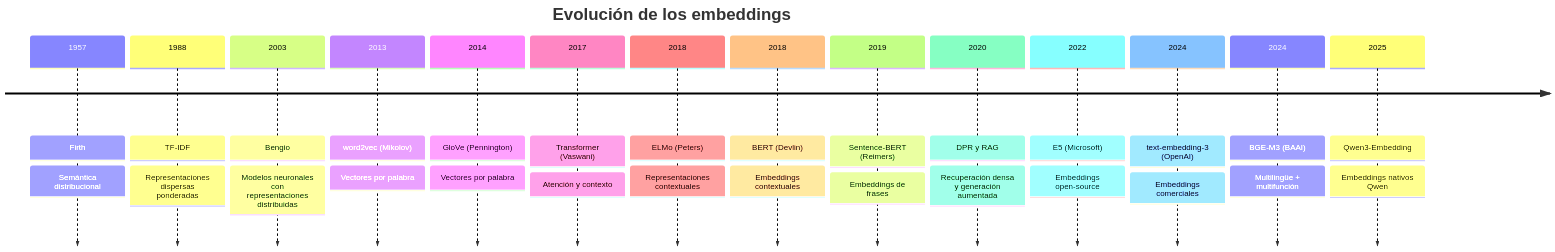
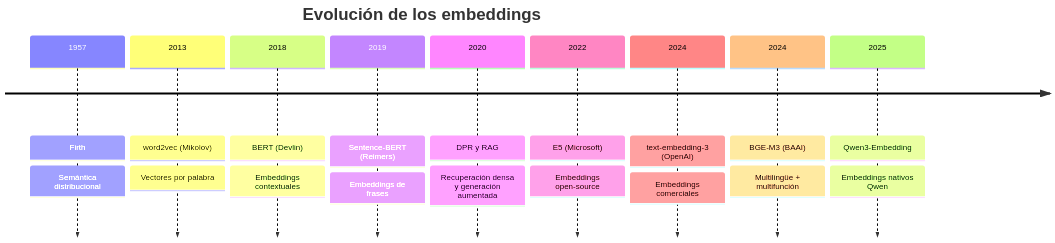
The first of 2 diagrams in bloque1/01c-embeddings.qmd (Adamychen/m10_quarto), drawn with Mermaid before and after one commit. The commit also changed other lines of this file and 17 other files, not shown here.

````diff
--- a/bloque1/01c-embeddings.qmd
+++ b/bloque1/01c-embeddings.qmd
@@ -65,18 +65,13 @@
 ```{mermaid}
 timeline
     title Evolución de los embeddings
     1957 : Firth : Semántica distribucional
-    1988 : TF-IDF : Representaciones dispersas ponderadas
-    2003 : Bengio : Modelos neuronales con representaciones distribuidas
     2013 : word2vec (Mikolov) : Vectores por palabra
-    2014 : GloVe (Pennington) : Vectores por palabra
-    2017 : Transformer (Vaswani) : Atención y contexto
-    2018 : ELMo (Peters) : Representaciones contextuales
     2018 : BERT (Devlin) : Embeddings contextuales
     2019 : Sentence-BERT (Reimers) : Embeddings de frases
     2020 : DPR y RAG : Recuperación densa y generación aumentada
     2022 : E5 (Microsoft) : Embeddings open-source
     2024 : text-embedding-3 (OpenAI) : Embeddings comerciales
     2024 : BGE-M3 (BAAI) : Multilingüe + multifunción
     2025 : Qwen3-Embedding : Embeddings nativos Qwen
 ```
````
